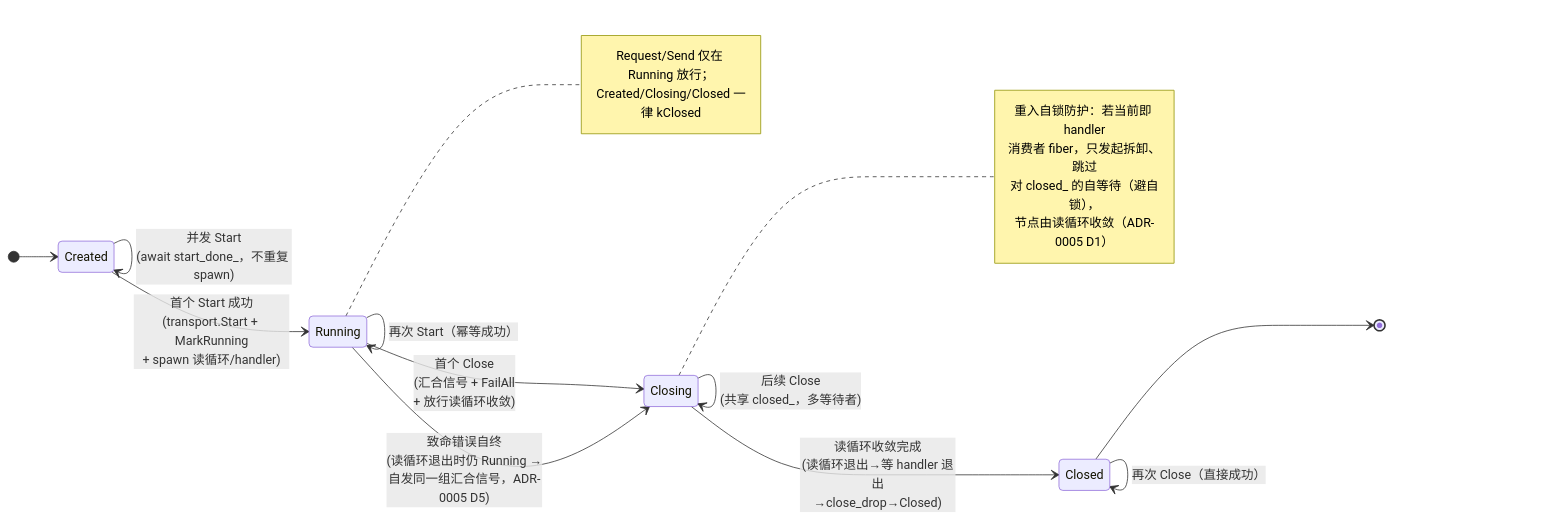
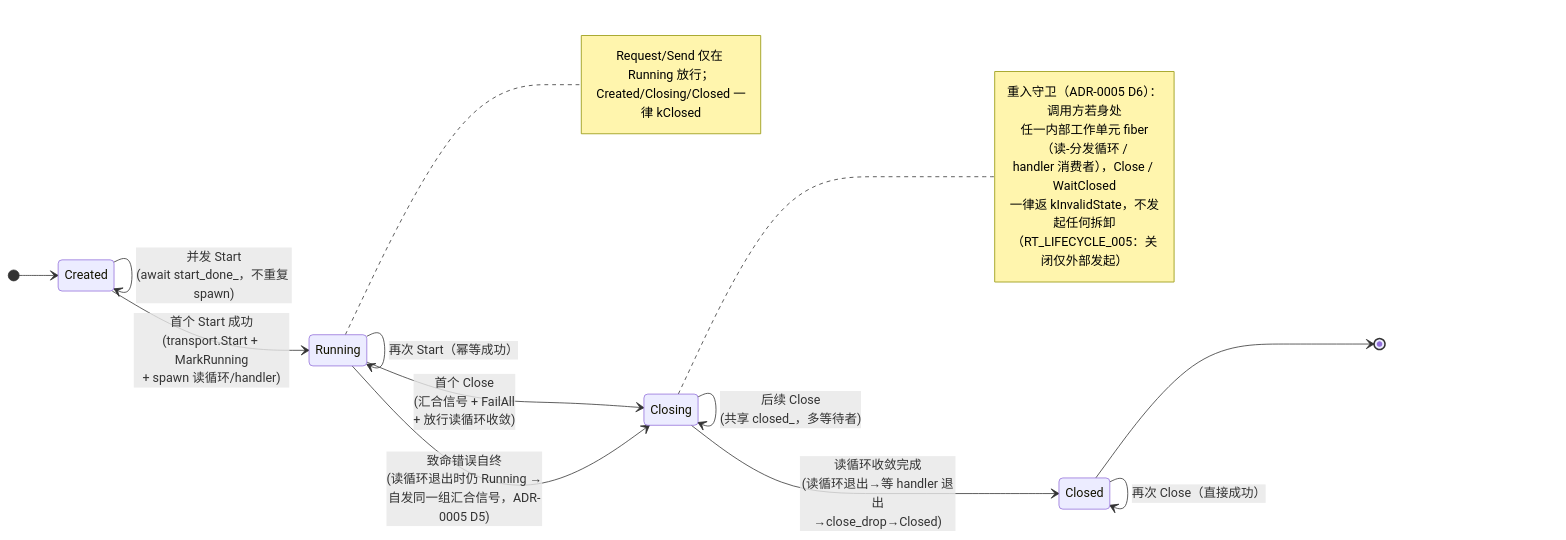
Before and after one commit to Ste7an-cs/Transport: the diagram in docs/diagrams/state-node-lifecycle.mmd, drawn with Mermaid. The commit also changed 7 other files, not shown here.

First line of the commit message:
docs: 重入守卫改为一律返 kInvalidState 的设计定稿(ADR-0005 D6 / RT_LIFECYCLE_005)

```diff
--- a/docs/diagrams/state-node-lifecycle.mmd
+++ b/docs/diagrams/state-node-lifecycle.mmd
@@ -1,29 +1,30 @@
 stateDiagram-v2
     direction LR
     [*] --> Created
 
     Created --> Created: ValidateConfig 失败<br/>(kConfiguration，可改配重试)
     Created --> Running: 首个 Start 成功<br/>(transport.Start + MarkRunning<br/>+ spawn 读循环/handler)
     Created --> Created: 并发 Start<br/>(await start_done_，不重复 spawn)
 
     Running --> Running: 再次 Start（幂等成功）
     Running --> Closing: 首个 Close<br/>(汇合信号 + FailAll<br/>+ 放行读循环收敛)
     Running --> Closing: 致命错误自终<br/>(读循环退出时仍 Running →<br/>自发同一组汇合信号，ADR-0005 D5)
 
     Closing --> Closing: 后续 Close<br/>(共享 closed_，多等待者)
     Closing --> Closed: 读循环收敛完成<br/>(读循环退出→等 handler 退出<br/>→close_drop→Closed)
 
     Closed --> Closed: 再次 Close（直接成功）
     Closed --> [*]
 
     note right of Closing
-        重入自锁防护：若当前即 handler
-        消费者 fiber，只发起拆卸、跳过
-        对 closed_ 的自等待（避自锁），
-        节点由读循环收敛（ADR-0005 D1）
+        重入守卫（ADR-0005 D6）：调用方若身处
+        任一内部工作单元 fiber（读-分发循环 /
+        handler 消费者），Close / WaitClosed
+        一律返 kInvalidState，不发起任何拆卸
+        （RT_LIFECYCLE_005：关闭仅外部发起）
     end note
 
     note right of Running
         Request/Send 仅在 Running 放行；
         Created/Closing/Closed 一律 kClosed
     end note
```
